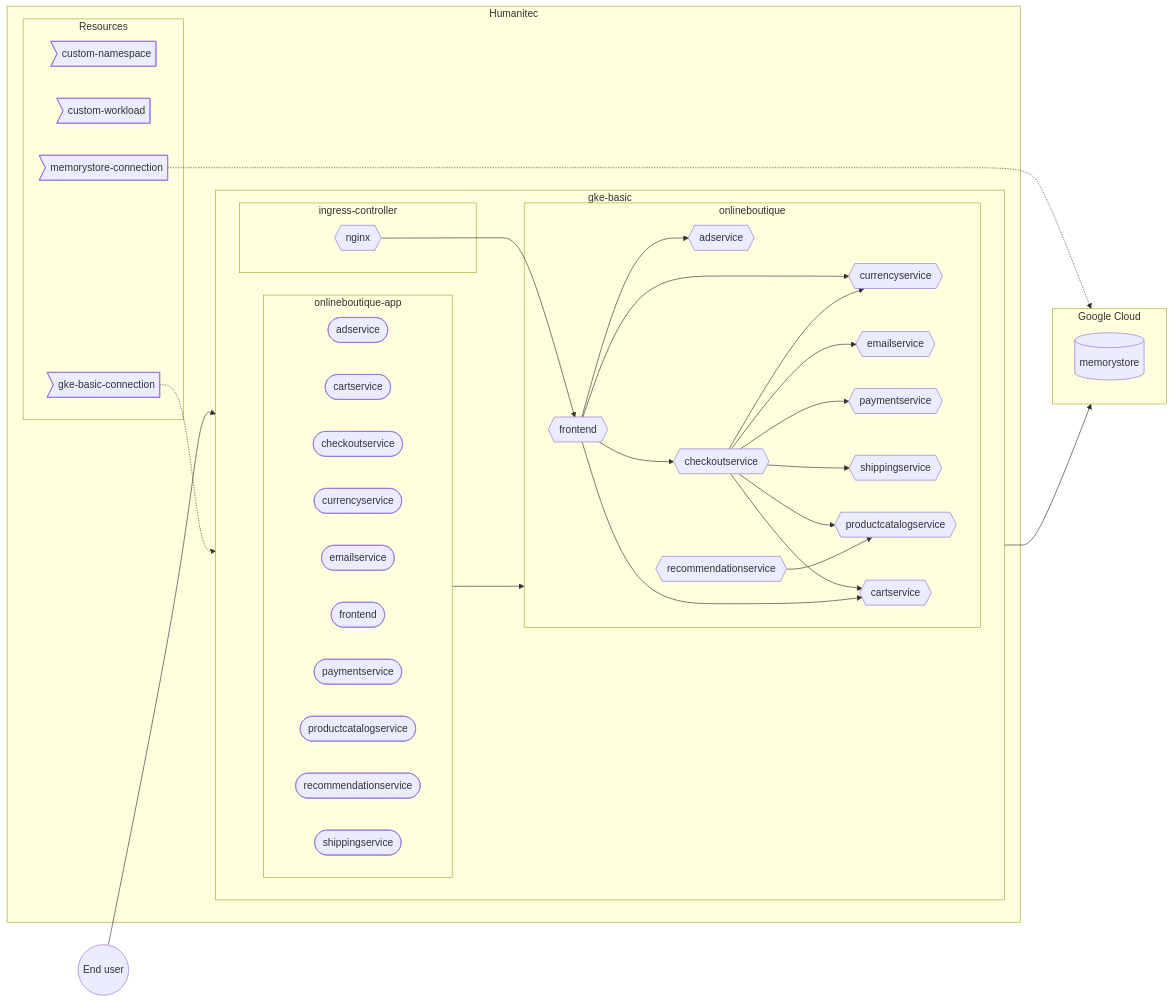
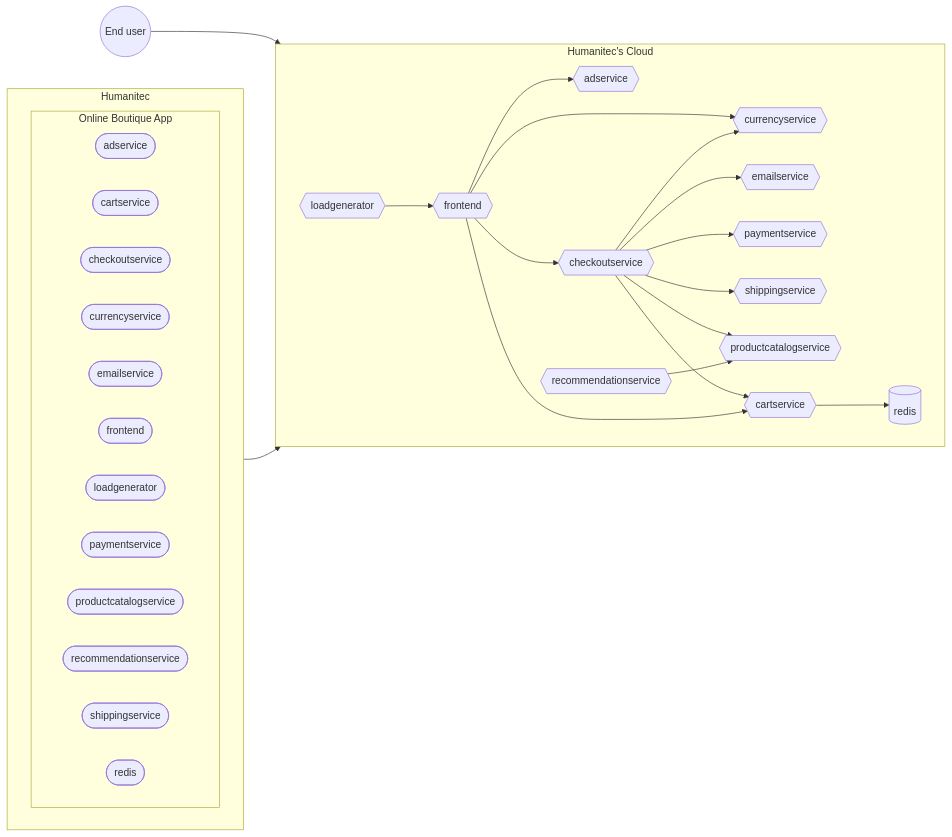
Before and after one commit to mathieu-benoit/hello-humanitec: the diagram in docs/humanitec-default.md, drawn with Mermaid. The commit also changed 1 other file, not shown here.

Commit message:
Fix diagrams

````diff
--- a/docs/humanitec-default.md
+++ b/docs/humanitec-default.md
@@ -6,54 +6,39 @@
 ```mermaid
 flowchart LR
   subgraph Humanitec
-    subgraph gke-basic
+    direction LR
+    subgraph onlineboutique [Online Boutique App]
         direction LR
-        subgraph onlineboutique-app
-            direction LR
-            adservice-workload([adservice])
-            cartservice-workload([cartservice])
-            checkoutservice-workload([checkoutservice])
-            currencyservice-workload([currencyservice])
-            emailservice-workload([emailservice])
-            frontend-workload([frontend])
-            paymentservice-workload([paymentservice])
-            productcatalogservice-workload([productcatalogservice])
-            recommendationservice-workload([recommendationservice])
-            shippingservice-workload([shippingservice])
-        end
-    end
-    subgraph Resources
-        custom-namespace>custom-namespace]
-        custom-workload>custom-workload]
-        gke-basic-connection>gke-basic-connection]
-        memorystore-connection>memorystore-connection]
+        adservice-workload([adservice])
+        cartservice-workload([cartservice])
+        checkoutservice-workload([checkoutservice])
+        currencyservice-workload([currencyservice])
+        emailservice-workload([emailservice])
+        frontend-workload([frontend])
+        loadgenerator-workload([loadgenerator])
+        paymentservice-workload([paymentservice])
+        productcatalogservice-workload([productcatalogservice])
+        recommendationservice-workload([recommendationservice])
+        shippingservice-workload([shippingservice])
+        redis-workload([redis])
     end
   end
-  subgraph Google Cloud
-    direction TB
-    subgraph gke-basic
-        subgraph ingress-controller
-            nginx{{nginx}}
-        end
-        subgraph onlineboutique
-            frontend{{frontend}}-->adservice{{adservice}}
-            frontend-->checkoutservice{{checkoutservice}}
-            frontend-->currencyservice{{currencyservice}}
-            checkoutservice-->emailservice{{emailservice}}
-            checkoutservice-->paymentservice{{paymentservice}}
-            checkoutservice-->currencyservice
-            checkoutservice-->shippingservice{{shippingservice}}
-            checkoutservice-->productcatalogservice{{productcatalogservice}}
-            checkoutservice-->cartservice{{cartservice}}
-            frontend-->cartservice
-            recommendationservice{{recommendationservice}}-->productcatalogservice
-        end
-        nginx-->frontend
-    end
-    gke-basic-connection-.->gke-basic
-    memorystore-connection-.->memorystore[(memorystore)]
-    onlineboutique-app-->onlineboutique
-    cartservice-->memorystore
+  subgraph cloud [Humanitec's Cloud]
+      direction LR
+      frontend{{frontend}}-->adservice{{adservice}}
+      frontend-->checkoutservice{{checkoutservice}}
+      frontend-->currencyservice{{currencyservice}}
+      checkoutservice-->emailservice{{emailservice}}
+      checkoutservice-->paymentservice{{paymentservice}}
+      checkoutservice-->currencyservice
+      checkoutservice-->shippingservice{{shippingservice}}
+      checkoutservice-->productcatalogservice{{productcatalogservice}}
+      checkoutservice-->cartservice{{cartservice}}
+      frontend-->cartservice
+      loadgenerator{{loadgenerator}}-->frontend
+      recommendationservice{{recommendationservice}}-->productcatalogservice
+      cartservice-->redis[(redis)]
   end
+  Humanitec-->cloud
   enduser((End user))-->frontend
 ```
````
